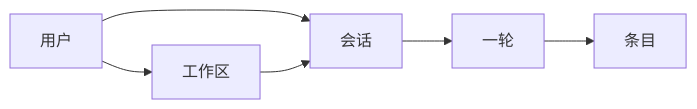
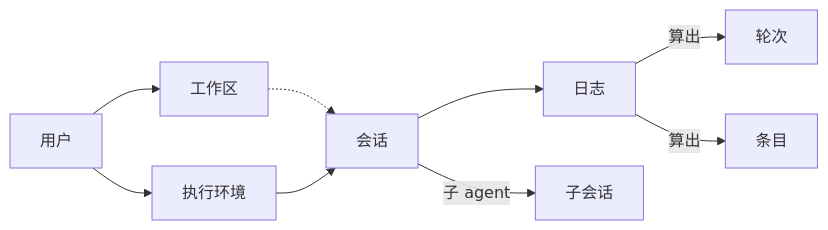
Before and after one commit to 0xfakeSpike/ollupi-docs: the diagram in docs/zh/intro/concepts.md, drawn with Mermaid. The commit also changed other lines of this file and 86 other files, not shown here.

````diff
--- a/docs/zh/intro/concepts.md
+++ b/docs/zh/intro/concepts.md
@@ -5,8 +5,11 @@
 ```mermaid
 flowchart LR
   U["用户"] --> W["工作区"]
-  U --> T["会话"]
-  W --> T
-  T --> R["一轮"]
-  R --> I["条目"]
+  U --> E["执行环境"]
+  W -.-> T["会话"]
+  E --> T
+  T --> L["日志"]
+  L -- "算出" --> R["轮次"]
+  L -- "算出" --> I["条目"]
+  T -- "子 agent" --> C["子会话"]
 ```
````
